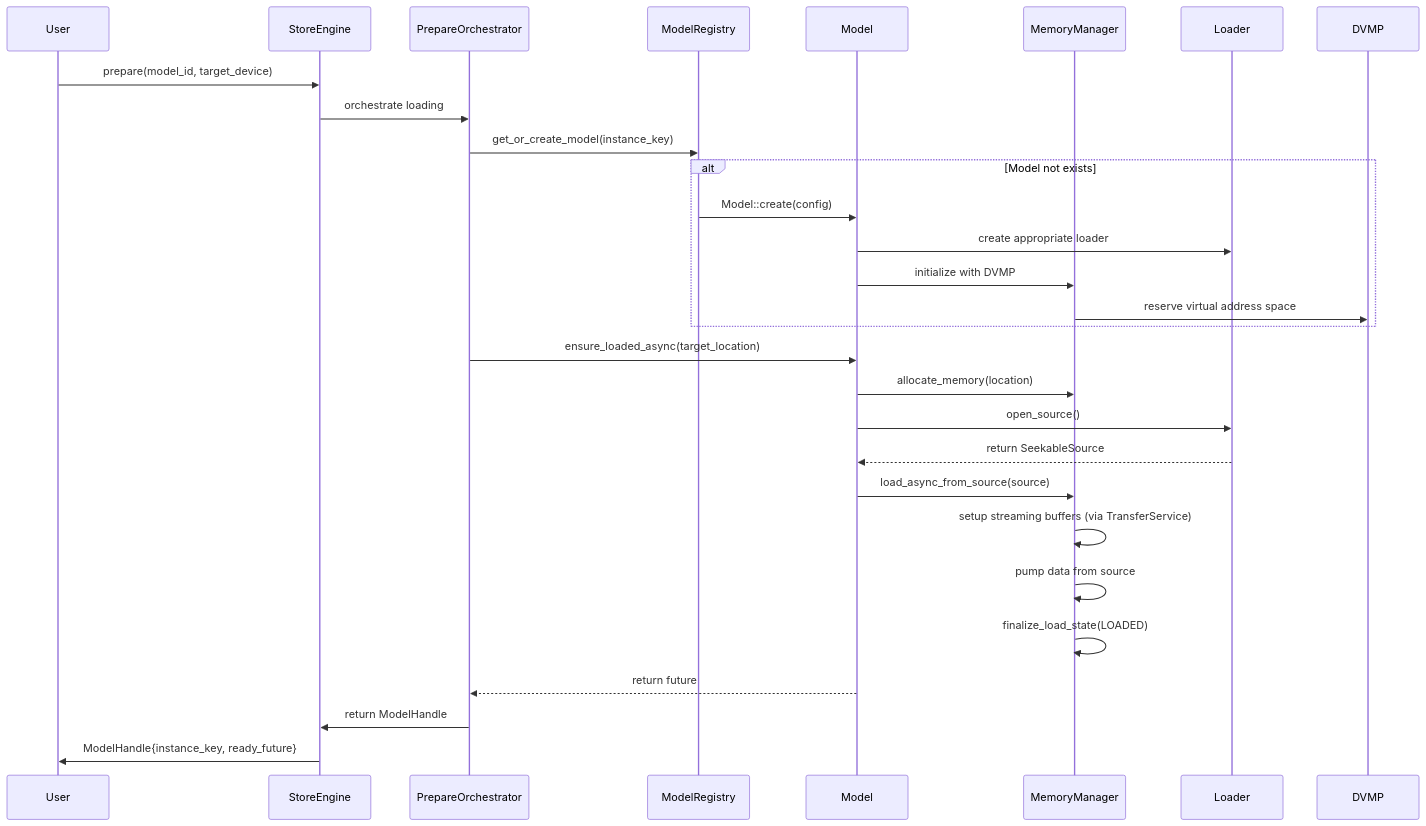
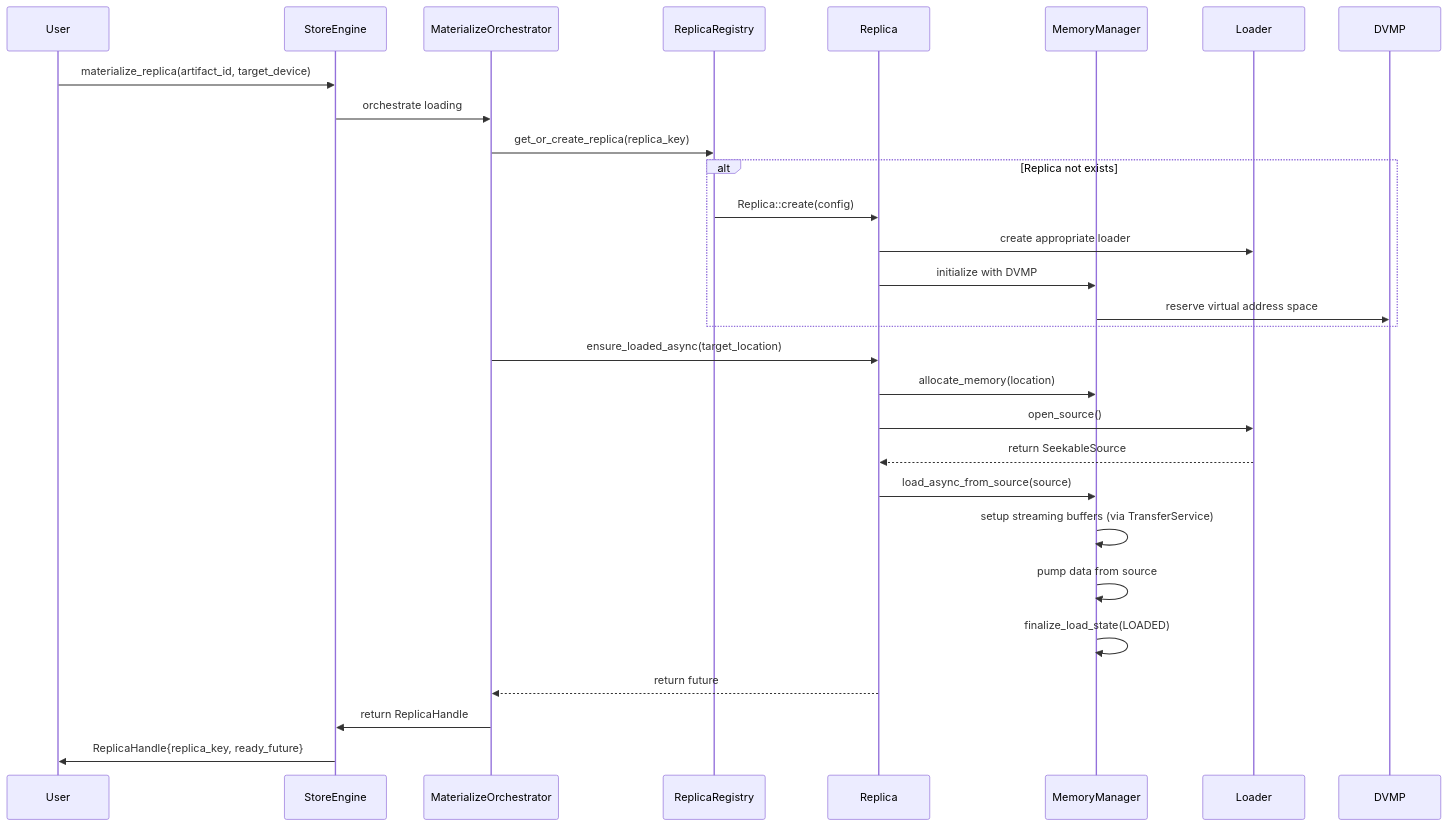
One commit to tensorcast-ai/tensorcast changed diagram 11 of 13 in web-docs/docs/developer-guides/core/store/architecture.md. Above: the diagram before and after it, drawn with Mermaid. The commit also changed other lines of this file and 331 other files, not shown here.

Commit message:
refactor: refactor model to artifact & replica

````diff
--- a/web-docs/docs/developer-guides/core/store/architecture.md
+++ b/web-docs/docs/developer-guides/core/store/architecture.md
@@ -479,36 +479,36 @@
 ```mermaid
 sequenceDiagram
     participant User
     participant CS as StoreEngine
-    participant PO as PrepareOrchestrator
-    participant MR as ModelRegistry
-    participant M as Model
+    participant PO as MaterializeOrchestrator
+    participant MR as ReplicaRegistry
+    participant M as Replica
     participant MM as MemoryManager
     participant L as Loader
     participant DVMP
 
-    User->>CS: prepare(model_id, target_device)
+    User->>CS: materialize_replica(artifact_id, target_device)
     CS->>PO: orchestrate loading
-    PO->>MR: get_or_create_model(instance_key)
+    PO->>MR: get_or_create_replica(replica_key)
 
-    alt Model not exists
-        MR->>M: Model::create(config)
+    alt Replica not exists
+        MR->>M: Replica::create(config)
         M->>L: create appropriate loader
         M->>MM: initialize with DVMP
         MM->>DVMP: reserve virtual address space
     end
 
     PO->>M: ensure_loaded_async(target_location)
     M->>MM: allocate_memory(location)
     M->>L: open_source()
     L-->>M: return SeekableSource
     M->>MM: load_async_from_source(source)
 
     MM->>MM: setup streaming buffers (via TransferService)
     MM->>MM: pump data from source
     MM->>MM: finalize_load_state(LOADED)
 
     M-->>PO: return future
-    PO->>CS: return ModelHandle
-    CS->>User: ModelHandle{instance_key, ready_future}
+    PO->>CS: return ReplicaHandle
+    CS->>User: ReplicaHandle{replica_key, ready_future}
 ```
````
